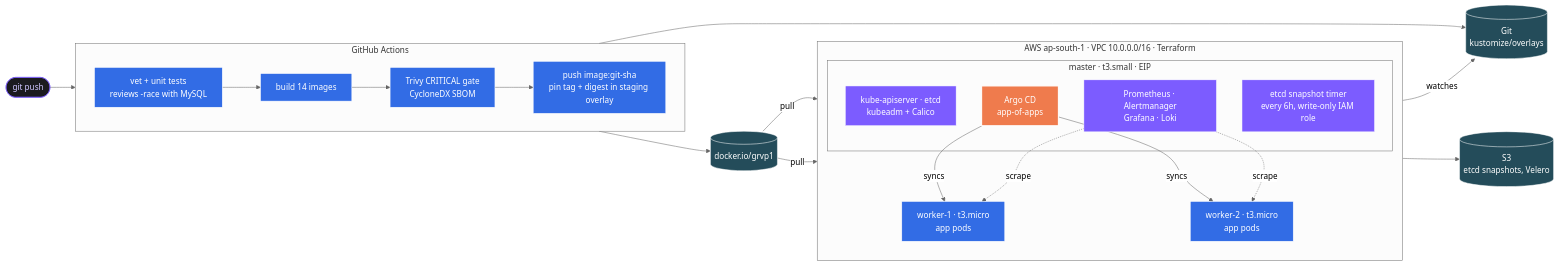
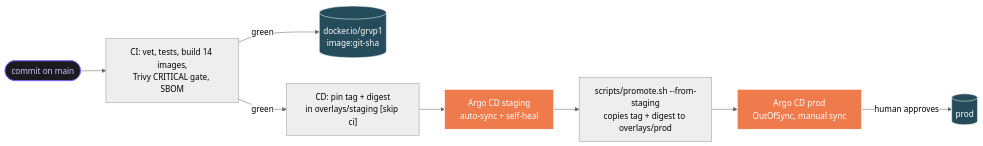
The second of 4 diagrams in README.md (grvtech1/VANTA-Boutique), drawn with Mermaid (neutral theme) before and after one commit. The commit also changed other lines of this file and 1 other file, not shown here.

````diff
--- a/README.md
+++ b/README.md
@@ -131,43 +131,14 @@
 ```mermaid
 flowchart LR
-    dev([git push]):::ext
+    c([commit on main]):::ext --> ci["CI: vet, tests, build 14 images,<br/>Trivy CRITICAL gate, SBOM"]
+    ci -->|green| reg[("docker.io/grvp1<br/>image:git-sha")]:::store
+    ci -->|green| cd["CD: pin tag + digest<br/>in overlays/staging [skip ci]"]
+    cd --> st["Argo CD staging<br/>auto-sync + self-heal"]:::argo
+    st --> pr["scripts/promote.sh --from-staging<br/>copies tag + digest to overlays/prod"]
+    pr --> ps["Argo CD prod<br/>OutOfSync, manual sync"]:::argo
+    ps -->|human approves| prod[("prod")]:::store
 
-    subgraph ci["GitHub Actions"]
-      direction LR
-      test["vet + unit tests<br/>reviews -race with MySQL"] --> build["build 14 images"] --> scan["Trivy CRITICAL gate<br/>CycloneDX SBOM"] --> ship["push image:git-sha<br/>pin tag + digest in staging overlay"]
-    end
-
-    reg[("docker.io/grvp1")]:::store
-    git[("Git<br/>kustomize/overlays")]:::store
-    s3[("S3<br/>etcd snapshots, Velero")]:::store
-
-    subgraph aws["AWS ap-south-1 · VPC 10.0.0.0/16 · Terraform"]
-      direction TB
-      subgraph master["master · t3.small · EIP"]
-        api["kube-apiserver · etcd<br/>kubeadm + Calico"]:::edge
-        argo["Argo CD<br/>app-of-apps"]:::argo
-        obs["Prometheus · Alertmanager<br/>Grafana · Loki"]:::edge
-        snap["etcd snapshot timer<br/>every 6h, write-only IAM role"]:::edge
-      end
-      w1["worker-1 · t3.micro<br/>app pods"]:::node
-      w2["worker-2 · t3.micro<br/>app pods"]:::node
-    end
-
-    dev --> test
-    ship --> reg
-    ship --> git
-    argo -->|watches| git
-    argo -->|syncs| w1
-    argo -->|syncs| w2
-    reg -->|pull| w1
-    reg -->|pull| w2
-    obs -.->|scrape| w1
-    obs -.->|scrape| w2
-    snap --> s3
-
-    classDef edge  fill:#7c5cff,stroke:#fff,color:#fff;
-    classDef argo  fill:#ef7b4d,stroke:#fff,color:#fff,stroke-width:2px;
-    classDef node  fill:#326ce5,stroke:#fff,color:#fff;
+    classDef argo  fill:#ef7b4d,stroke:#fff,color:#fff;
     classDef store fill:#244c5a,stroke:#fff,color:#fff;
     classDef ext   fill:#1b1b1f,stroke:#7c5cff,color:#cfc6ff;
 ```
````
